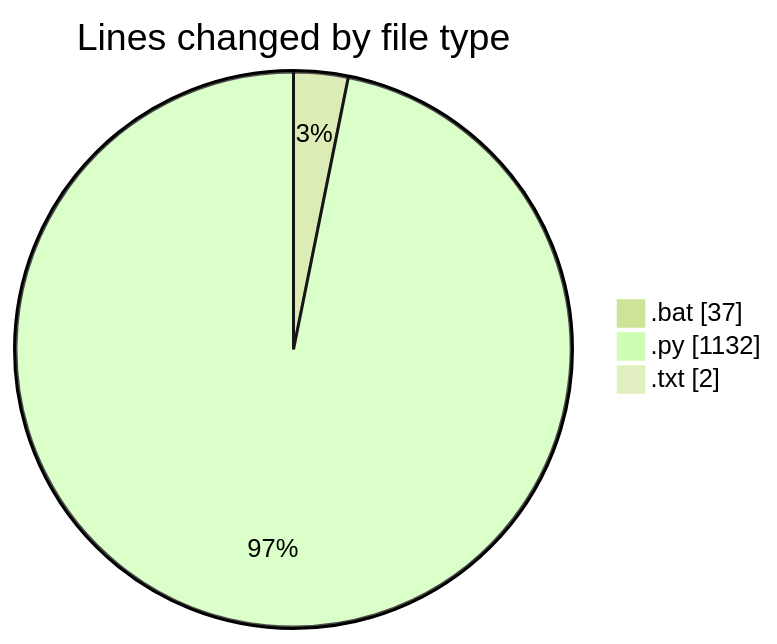
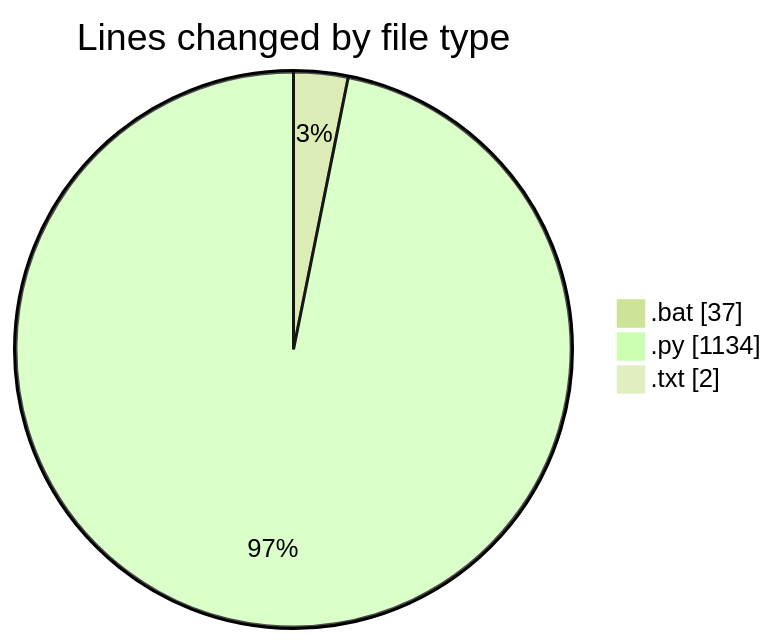
One commit to FelipKnott/code-tracking changed the first of 2 diagrams in 2025-07-04/cursor/README.md. Above: the diagram before and after it, drawn with Mermaid (forest theme). The commit also changed other lines of this file and 1 other file, not shown here.

````diff
--- a/2025-07-04/cursor/README.md
+++ b/2025-07-04/cursor/README.md
@@ -35,7 +35,7 @@
 ```mermaid
 pie showData
 title Lines changed by file type
 ".bat" : 37
-".py" : 1132
+".py" : 1134
 ".txt" : 2
 ```
````
